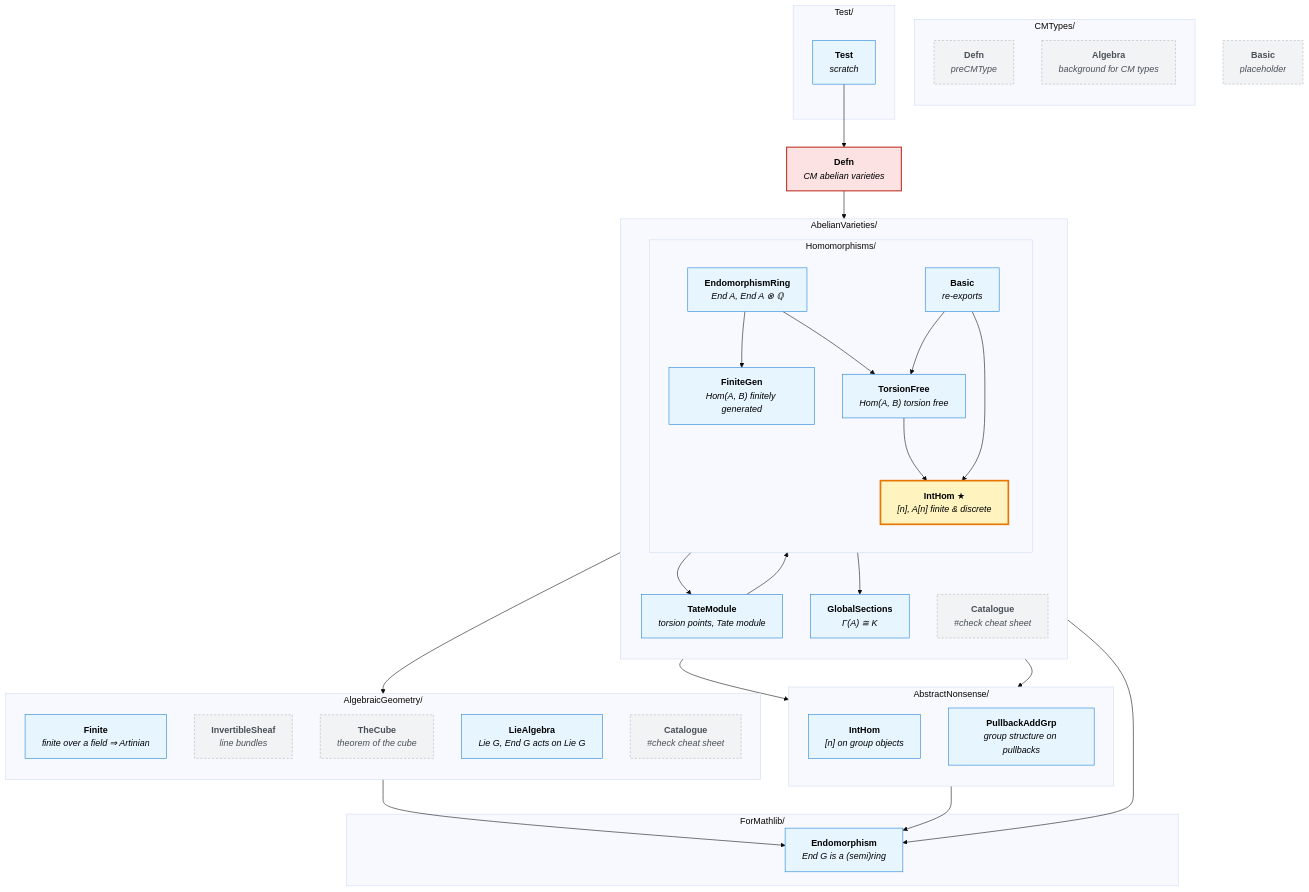
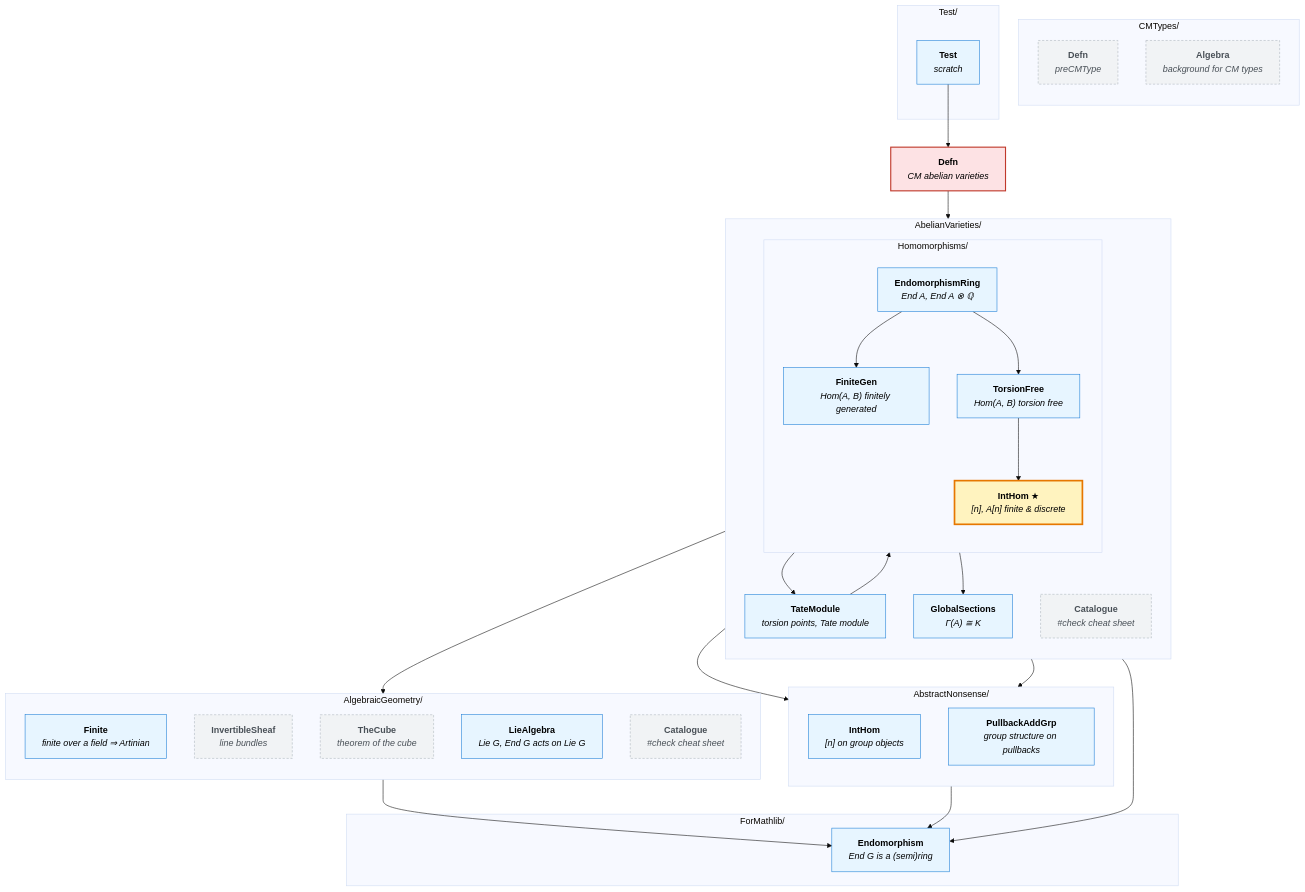
The diagram in CMAbelianVarieties/MindMap.md (abhijitaj1997/CMAbelianVarieties), drawn with Mermaid (base theme) before and after one commit. The commit also changed other lines of this file and 4 other files, not shown here.

````diff
--- a/CMAbelianVarieties/MindMap.md
+++ b/CMAbelianVarieties/MindMap.md
@@ -10,7 +10,6 @@
 graph TD
   %% ---------- top level ----------
   Defn["<b>Defn</b><br/><i>CM abelian varieties</i>"]
-  Basic["<b>Basic</b><br/><i>placeholder</i>"]
 
   %% ---------- AbelianVarieties ----------
   subgraph AV["AbelianVarieties/"]
@@ -23,7 +22,6 @@
       EndomorphismRing["<b>EndomorphismRing</b><br/><i>End A, End A ⊗ ℚ</i>"]
       FiniteGen["<b>FiniteGen</b><br/><i>Hom(A, B) finitely generated</i>"]
       TorsionFree["<b>TorsionFree</b><br/><i>Hom(A, B) torsion free</i>"]
-      HomBasic["<b>Basic</b><br/><i>re-exports</i>"]
       IntHomAV["<b>IntHom</b> ★<br/><i>[n], A[n] finite & discrete</i>"]
     end
   end
@@ -71,8 +69,6 @@
   TateModule --> IntHomAV
   TorsionFree --> GlobalSections
   TorsionFree --> IntHomAV
-  HomBasic --> TorsionFree
-  HomBasic --> IntHomAV
   IntHomAV --> IntHomAN
   IntHomAV --> PullbackAddGrp
   IntHomAV --> Finite
@@ -88,6 +84,6 @@
 
   class Defn goal
   class IntHomAV hub
-  class EndomorphismRing,FiniteGen,TorsionFree,HomBasic,TateModule,GlobalSections,IntHomAN,PullbackAddGrp,Finite,Endomorphism,LieAlgebra,Test connected
-  class Basic,AVCatalogue,InvertibleSheaf,TheCube,AGCatalogue,CMDefn,CMAlgebra unused
+  class EndomorphismRing,FiniteGen,TorsionFree,TateModule,GlobalSections,IntHomAN,PullbackAddGrp,Finite,Endomorphism,LieAlgebra,Test connected
+  class AVCatalogue,InvertibleSheaf,TheCube,AGCatalogue,CMDefn,CMAlgebra unused
 ```
````
